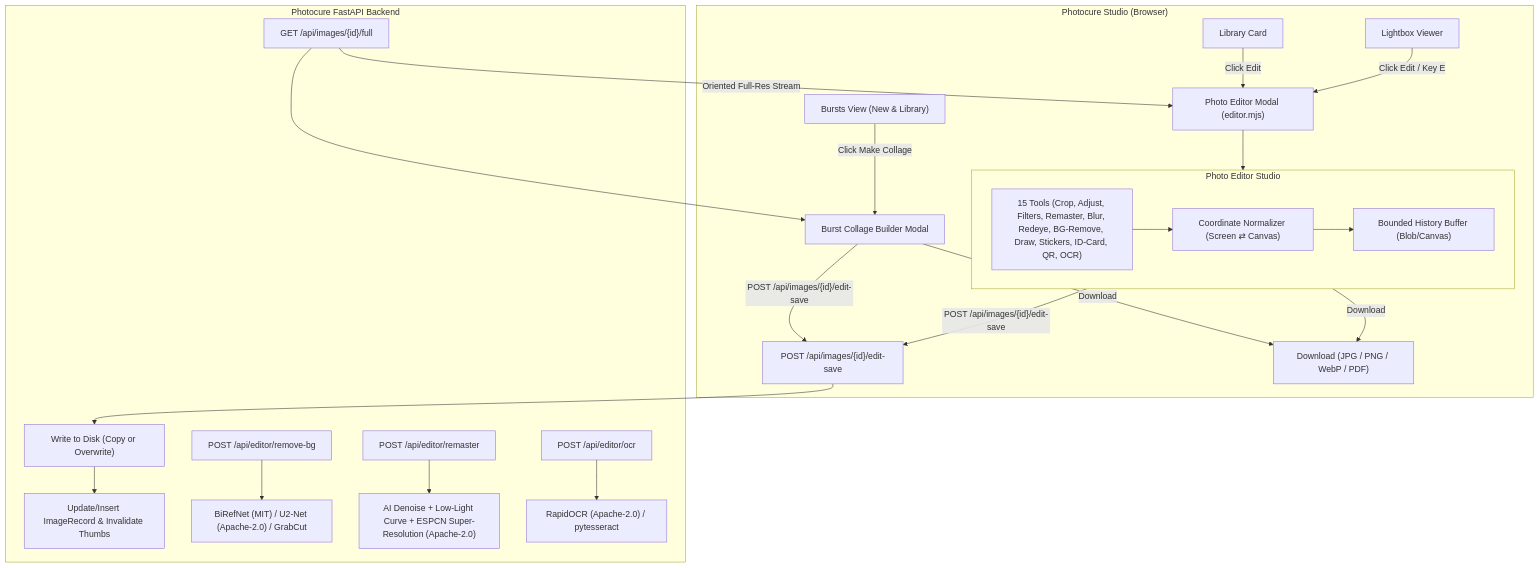
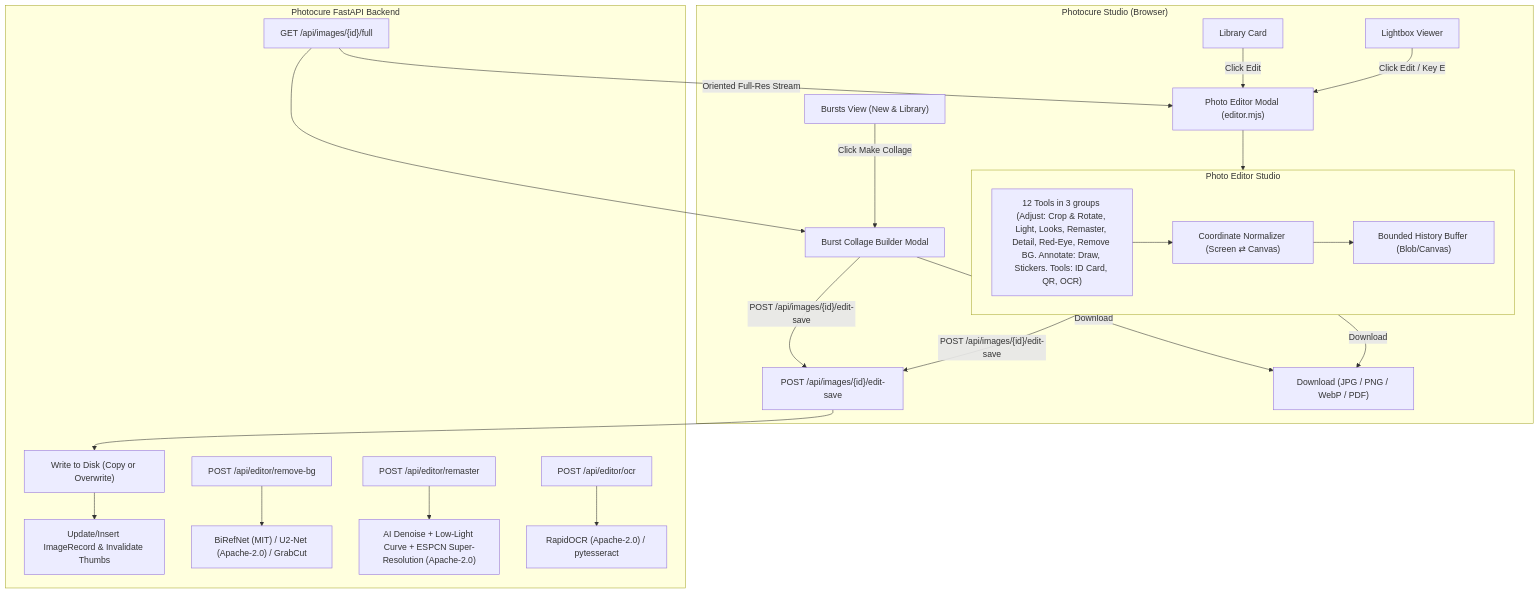
The diagram in docs/implementation_plan.md (safiyu/photocure), drawn with Mermaid before and after one commit. The commit also changed other lines of this file and 23 other files, not shown here.

````diff
--- a/docs/implementation_plan.md
+++ b/docs/implementation_plan.md
@@ -29,31 +29,31 @@
 ```mermaid
 flowchart TD
     subgraph UI["Photocure Studio (Browser)"]
         LibCard["Library Card"] -->|"Click Edit"| PhotoEditor["Photo Editor Modal (editor.mjs)"]
         Lightbox["Lightbox Viewer"] -->|"Click Edit / Key E"| PhotoEditor
         BurstView["Bursts View (New & Library)"] -->|"Click Make Collage"| BurstCollage["Burst Collage Builder Modal"]
 
         subgraph EditorCore["Photo Editor Studio"]
-            Tools["15 Tools (Crop, Adjust, Filters, Remaster, Blur, Redeye, BG-Remove, Draw, Stickers, ID-Card, QR, OCR)"]
+            Tools["12 Tools in 3 groups (Adjust: Crop & Rotate, Light, Looks, Remaster, Detail, Red-Eye, Remove BG. Annotate: Draw, Stickers. Tools: ID Card, QR, OCR)"]
             CoordNorm["Coordinate Normalizer (Screen ⇄ Canvas)"]
             UndoStack["Bounded History Buffer (Blob/Canvas)"]
             Tools --> CoordNorm --> UndoStack
         end
 
         PhotoEditor --> EditorCore
         EditorCore -->|"POST /api/images/{id}/edit-save"| BackendSave
         BurstCollage -->|"POST /api/images/{id}/edit-save"| BackendSave
         EditorCore -->|"Download"| LocalDownload["Download (JPG / PNG / WebP / PDF)"]
         BurstCollage -->|"Download"| LocalDownload
     end
 
     subgraph Backend["Photocure FastAPI Backend"]
         OrientedImage["GET /api/images/{id}/full"] -->|"Oriented Full-Res Stream"| PhotoEditor
         OrientedImage --> BurstCollage
         BackendSave["POST /api/images/{id}/edit-save"] --> WriteDisk["Write to Disk (Copy or Overwrite)"]
         WriteDisk --> DB["Update/Insert ImageRecord & Invalidate Thumbs"]
         BGRemove["POST /api/editor/remove-bg"] --> AISeg["BiRefNet (MIT) / U2-Net (Apache-2.0) / GrabCut"]
         Remaster["POST /api/editor/remaster"] --> AIRem["AI Denoise + Low-Light Curve + ESPCN Super-Resolution (Apache-2.0)"]
         OCR["POST /api/editor/ocr"] --> AITess["RapidOCR (Apache-2.0) / pytesseract"]
     end
 ```
````
